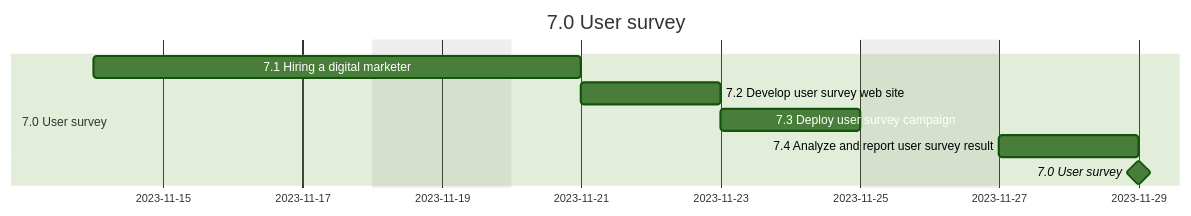
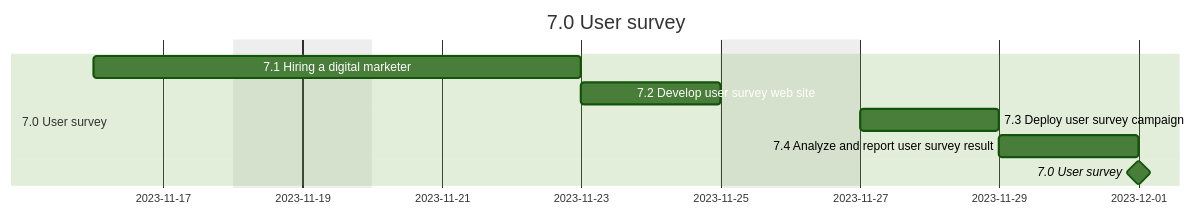
The ninth of 11 diagrams in README.md (riow1983/Coursera-PMP), drawn with Mermaid (forest theme) before and after one commit. The commit also changed other lines of this file, not shown here.

````diff
--- a/README.md
+++ b/README.md
@@ -254,13 +254,13 @@
 ```mermaid
 gantt
   dateFormat  YYYY-MM-DD
   title       7.0 User survey
   excludes    weekends
 
   section 7.0 User survey
-  7.1 Hiring a digital marketer: 2023-11-14, 5d
+  7.1 Hiring a digital marketer: 2023-11-16, 5d
   7.2 Develop user survey web site: 2d
   7.3 Deploy user survey campaign: 2d
   7.4 Analyze and report user survey result: 2d
   7.0 User survey: milestone, 0d
 ```
````
